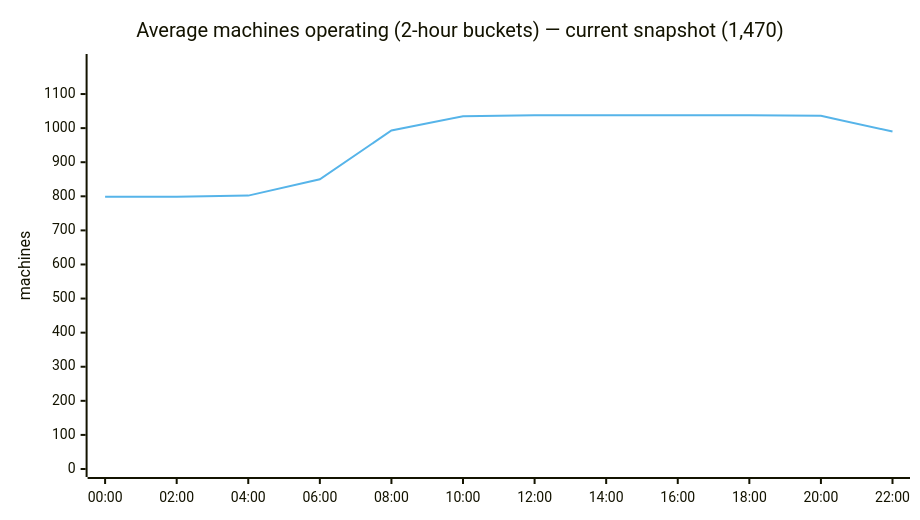
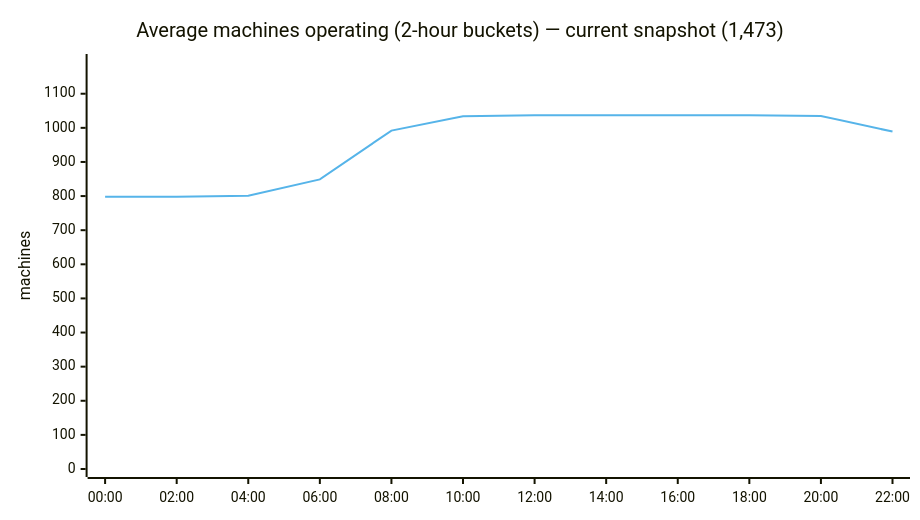
Before and after one commit to cheeaun/returnright-data: the second of 5 diagrams in ANALYSIS.md, drawn with Mermaid. The commit also changed other lines of this file and 4 other files, not shown here.

````diff
--- a/ANALYSIS.md
+++ b/ANALYSIS.md
@@ -66,15 +66,15 @@
 ```mermaid
 ---
 config:
   themeVariables:
     xyChart:
       plotColorPalette: "#56B4E9"
   xyChart:
     width: 900
 ---
 xychart-beta
-    title "Average machines operating (2-hour buckets) — current snapshot (1,470)"
+    title "Average machines operating (2-hour buckets) — current snapshot (1,473)"
     x-axis ["00:00", "02:00", "04:00", "06:00", "08:00", "10:00", "12:00", "14:00", "16:00", "18:00", "20:00", "22:00"]
-    y-axis "machines" 0 --> 1194
-    line [799, 799, 802, 850, 993, 1035, 1038, 1038, 1038, 1038, 1036, 990]
+    y-axis "machines" 0 --> 1193
+    line [798, 798, 801, 849, 992, 1034, 1037, 1037, 1037, 1037, 1035, 989]
 ```
````
